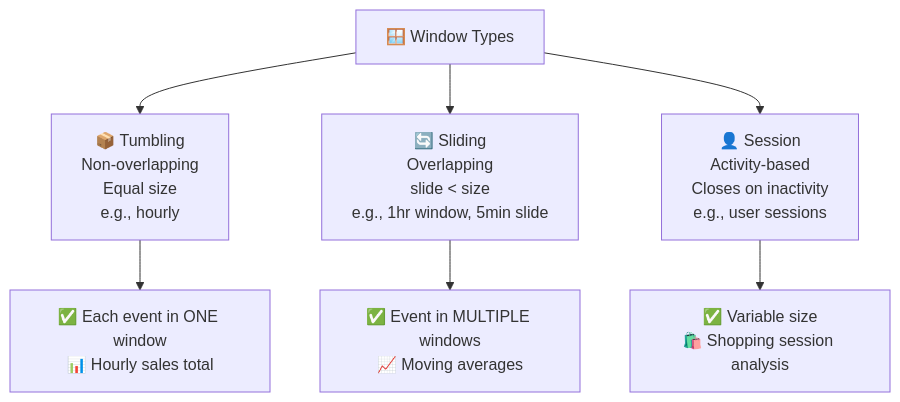
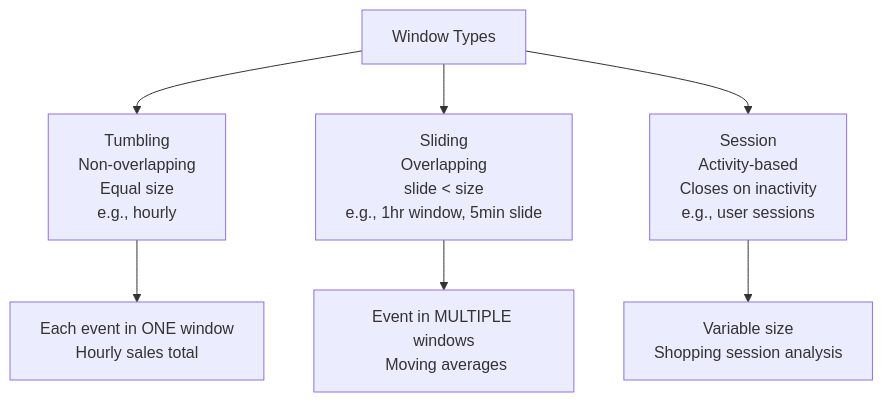
Before and after one commit to NK2552003/Big-Data-Survival-Guide: the fourth of 8 diagrams in UNITS/UNIT 2/unit-2-english-fun.md, drawn with Mermaid. The commit also changed other lines of this file and 78 other files, not shown here.

````diff
--- a/UNITS/UNIT 2/unit-2-english-fun.md
+++ b/UNITS/UNIT 2/unit-2-english-fun.md
@@ -726,12 +726,12 @@
 ```mermaid
 graph TB
-    W["🪟 Window Types"]
-    
-    W --> TW["📦 Tumbling\nNon-overlapping\nEqual size\ne.g., hourly"]
-    W --> SW["🔄 Sliding\nOverlapping\nslide < size\ne.g., 1hr window, 5min slide"]
-    W --> SeW["👤 Session\nActivity-based\nCloses on inactivity\ne.g., user sessions"]
-    
-    TW --> TEx["✅ Each event in ONE window\n📊 Hourly sales total"]
-    SW --> SEx["✅ Event in MULTIPLE windows\n📈 Moving averages"]
-    SeW --> SeEx["✅ Variable size\n🛍️ Shopping session analysis"]
+ W[" Window Types"]
+
+ W --> TW[" Tumbling\nNon-overlapping\nEqual size\ne.g., hourly"]
+ W --> SW[" Sliding\nOverlapping\nslide < size\ne.g., 1hr window, 5min slide"]
+ W --> SeW[" Session\nActivity-based\nCloses on inactivity\ne.g., user sessions"]
+
+ TW --> TEx[" Each event in ONE window\n Hourly sales total"]
+ SW --> SEx[" Event in MULTIPLE windows\n Moving averages"]
+ SeW --> SeEx[" Variable size\n Shopping session analysis"]
 ```
````
